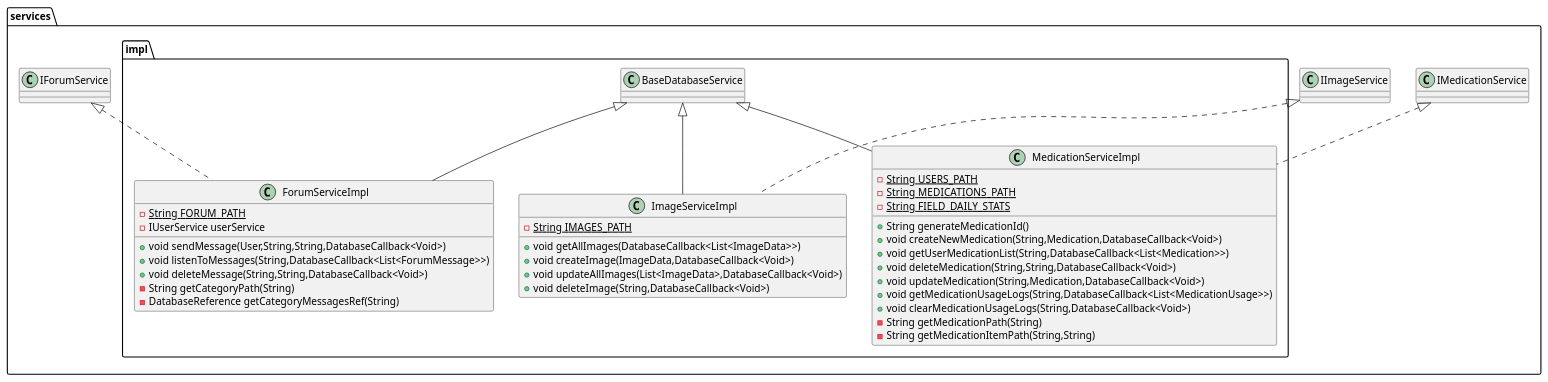
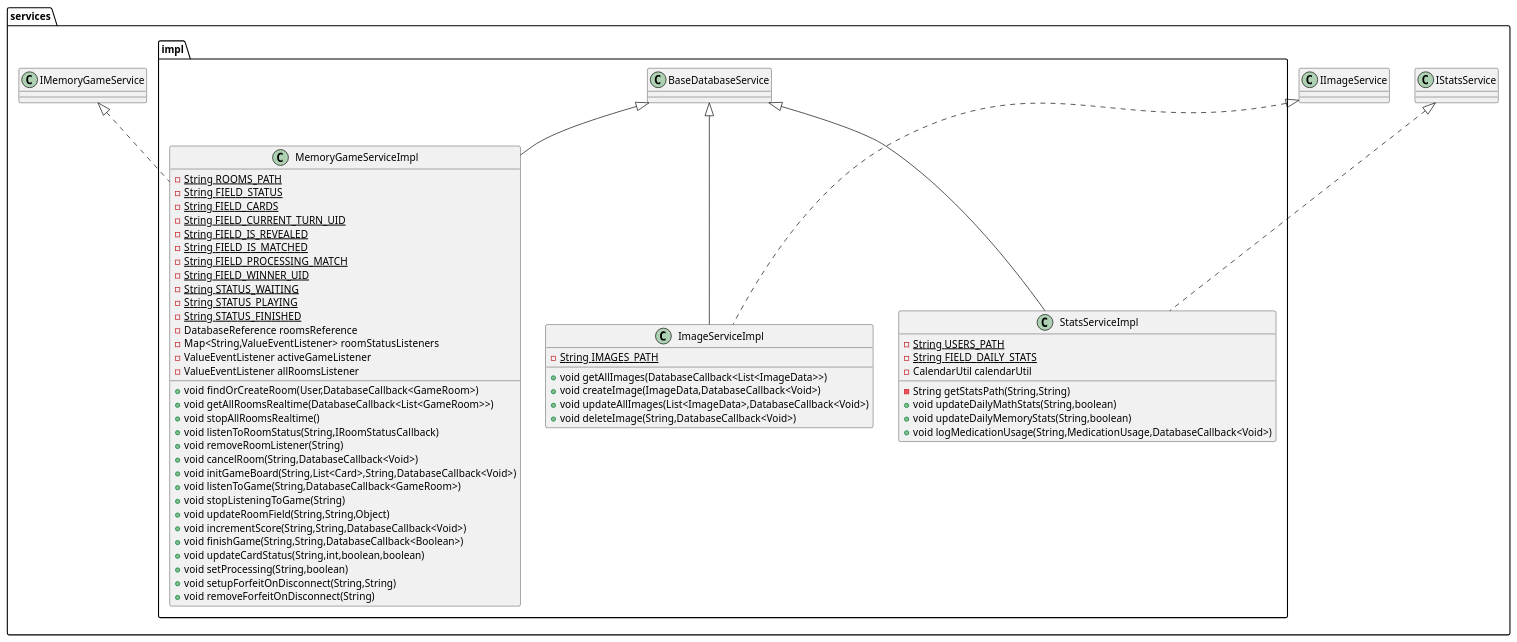
Before and after one commit to sagiv23/ShvilHazhav: the diagram in umls/impl4.puml, drawn with PlantUML. The commit also changed 11 other files, not shown here.

```diff
--- a/umls/impl4.puml
+++ b/umls/impl4.puml
@@ -1,46 +1,65 @@
 @startuml
-class services.impl.MedicationServiceImpl {
+class services.impl.StatsServiceImpl {
 - {static} String USERS_PATH
-- {static} String MEDICATIONS_PATH
 - {static} String FIELD_DAILY_STATS
-+ String generateMedicationId()
-+ void createNewMedication(String,Medication,DatabaseCallback<Void>)
-+ void getUserMedicationList(String,DatabaseCallback<List<Medication>>)
-+ void deleteMedication(String,String,DatabaseCallback<Void>)
-+ void updateMedication(String,Medication,DatabaseCallback<Void>)
-+ void getMedicationUsageLogs(String,DatabaseCallback<List<MedicationUsage>>)
-+ void clearMedicationUsageLogs(String,DatabaseCallback<Void>)
-- String getMedicationPath(String)
-- String getMedicationItemPath(String,String)
+- CalendarUtil calendarUtil
+- String getStatsPath(String,String)
++ void updateDailyMathStats(String,boolean)
++ void updateDailyMemoryStats(String,boolean)
++ void logMedicationUsage(String,MedicationUsage,DatabaseCallback<Void>)
 }
 
 
 class services.impl.ImageServiceImpl {
 - {static} String IMAGES_PATH
 + void getAllImages(DatabaseCallback<List<ImageData>>)
 + void createImage(ImageData,DatabaseCallback<Void>)
 + void updateAllImages(List<ImageData>,DatabaseCallback<Void>)
 + void deleteImage(String,DatabaseCallback<Void>)
 }
 
 
-class services.impl.ForumServiceImpl {
-- {static} String FORUM_PATH
-- IUserService userService
-+ void sendMessage(User,String,String,DatabaseCallback<Void>)
-+ void listenToMessages(String,DatabaseCallback<List<ForumMessage>>)
-+ void deleteMessage(String,String,DatabaseCallback<Void>)
-- String getCategoryPath(String)
-- DatabaseReference getCategoryMessagesRef(String)
+class services.impl.MemoryGameServiceImpl {
+- {static} String ROOMS_PATH
+- {static} String FIELD_STATUS
+- {static} String FIELD_CARDS
+- {static} String FIELD_CURRENT_TURN_UID
+- {static} String FIELD_IS_REVEALED
+- {static} String FIELD_IS_MATCHED
+- {static} String FIELD_PROCESSING_MATCH
+- {static} String FIELD_WINNER_UID
+- {static} String STATUS_WAITING
+- {static} String STATUS_PLAYING
+- {static} String STATUS_FINISHED
+- DatabaseReference roomsReference
+- Map<String,ValueEventListener> roomStatusListeners
+- ValueEventListener activeGameListener
+- ValueEventListener allRoomsListener
++ void findOrCreateRoom(User,DatabaseCallback<GameRoom>)
++ void getAllRoomsRealtime(DatabaseCallback<List<GameRoom>>)
++ void stopAllRoomsRealtime()
++ void listenToRoomStatus(String,IRoomStatusCallback)
++ void removeRoomListener(String)
++ void cancelRoom(String,DatabaseCallback<Void>)
++ void initGameBoard(String,List<Card>,String,DatabaseCallback<Void>)
++ void listenToGame(String,DatabaseCallback<GameRoom>)
++ void stopListeningToGame(String)
++ void updateRoomField(String,String,Object)
++ void incrementScore(String,String,DatabaseCallback<Void>)
++ void finishGame(String,String,DatabaseCallback<Boolean>)
++ void updateCardStatus(String,int,boolean,boolean)
++ void setProcessing(String,boolean)
++ void setupForfeitOnDisconnect(String,String)
++ void removeForfeitOnDisconnect(String)
 }
 
 
 
 
-services.IMedicationService <|.. services.impl.MedicationServiceImpl
-services.impl.BaseDatabaseService <|-- services.impl.MedicationServiceImpl
+services.IStatsService <|.. services.impl.StatsServiceImpl
+services.impl.BaseDatabaseService <|-- services.impl.StatsServiceImpl
 services.IImageService <|.. services.impl.ImageServiceImpl
 services.impl.BaseDatabaseService <|-- services.impl.ImageServiceImpl
-services.IForumService <|.. services.impl.ForumServiceImpl
-services.impl.BaseDatabaseService <|-- services.impl.ForumServiceImpl
+services.IMemoryGameService <|.. services.impl.MemoryGameServiceImpl
+services.impl.BaseDatabaseService <|-- services.impl.MemoryGameServiceImpl
 @enduml
```
